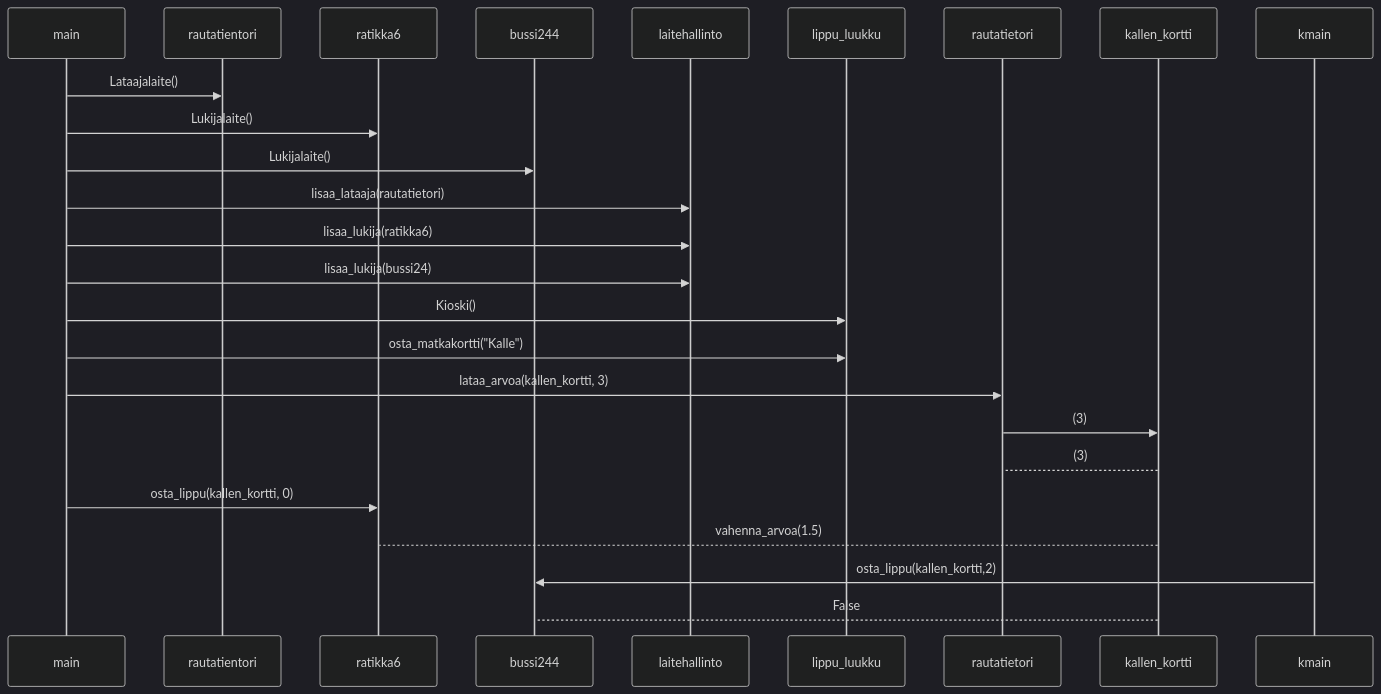
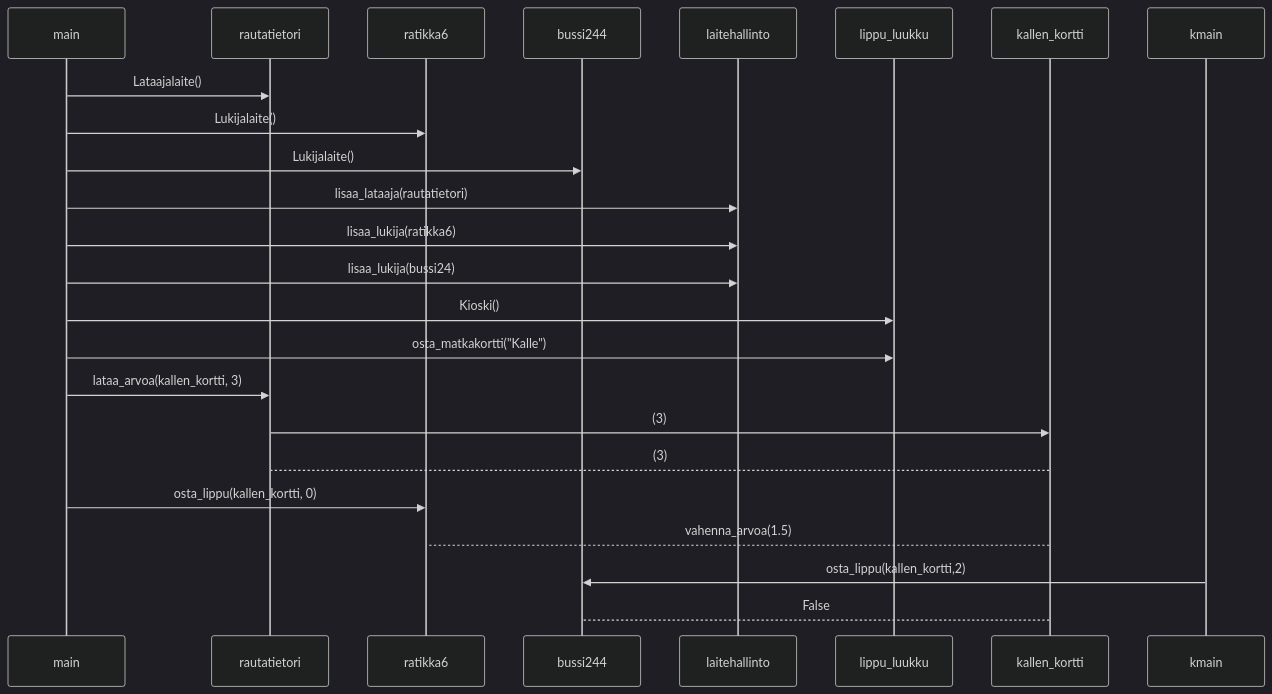
Before and after one commit to ah-pasila/ot-running-calendar: the diagram in laskarit/viikko3/hsl.md, drawn with Mermaid (dark theme).

Commit message:
Toka luonnos sekvenssikaaviosta

````diff
--- a/laskarit/viikko3/hsl.md
+++ b/laskarit/viikko3/hsl.md
@@ -3,18 +3,18 @@
 ```mermaid
 sequenceDiagram
-    main->>rautatientori: Lataajalaite()
+    main->>rautatietori: Lataajalaite()
     main->>ratikka6: Lukijalaite()
     main->>bussi244: Lukijalaite()
     main->>laitehallinto: lisaa_lataaja(rautatietori)
     main->>laitehallinto: lisaa_lukija(ratikka6)
     main->>laitehallinto: lisaa_lukija(bussi24)
     main->>lippu_luukku: Kioski()
     main->>lippu_luukku: osta_matkakortti("Kalle")
     main->>rautatietori: lataa_arvoa(kallen_kortti, 3)
     rautatietori->>kallen_kortti: (3)
     kallen_kortti-->rautatietori: (3)
     main->>ratikka6: osta_lippu(kallen_kortti, 0)
     kallen_kortti-->ratikka6: vahenna_arvoa(1.5)
     kmain->>bussi244: osta_lippu(kallen_kortti,2)
     kallen_kortti-->bussi244: False
 ```
````
